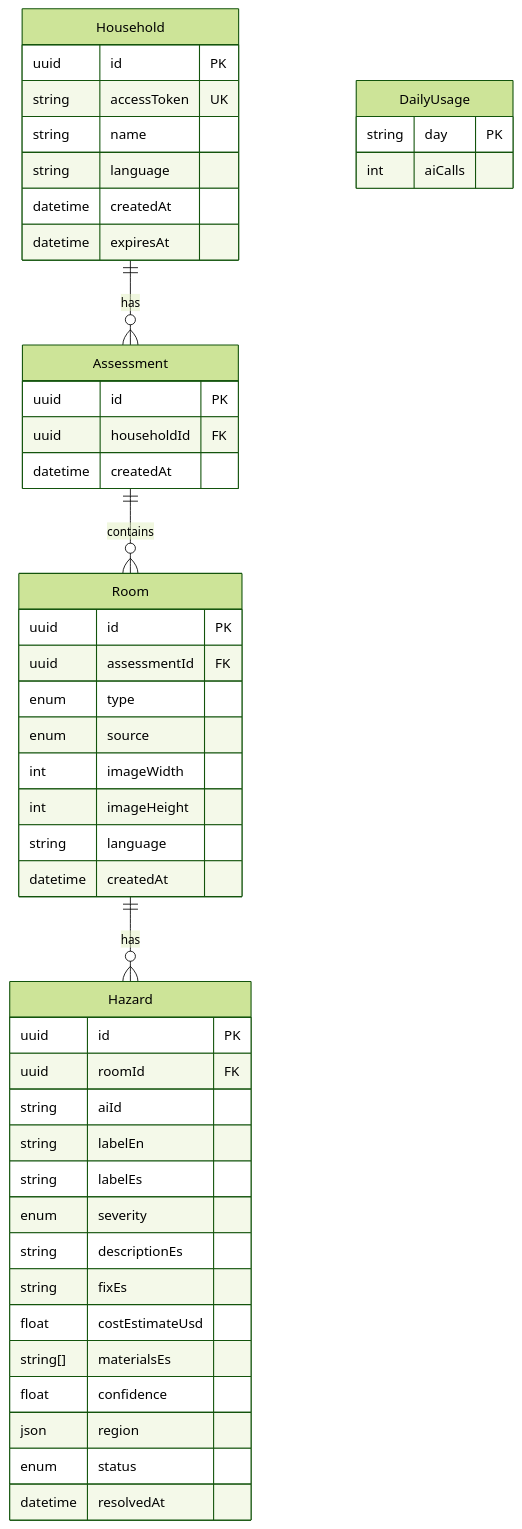
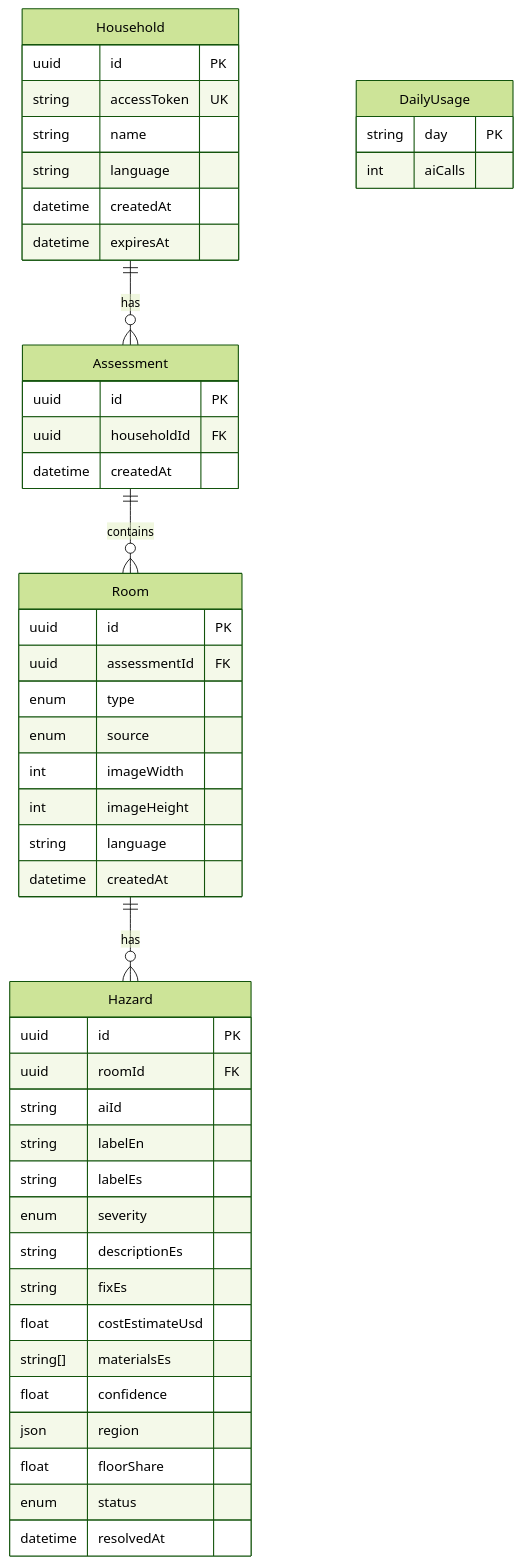
Before and after one commit to KarlaPocasangre/aegis-home: the diagram in docs/DATA_MODEL.md, drawn with Mermaid (forest theme). The commit also changed other lines of this file and 20 other files, not shown here.

Commit message:
feat(ai): measure the share of visible floor each hazard covers

````diff
--- a/docs/DATA_MODEL.md
+++ b/docs/DATA_MODEL.md
@@ -23,50 +23,51 @@
 ```mermaid
 erDiagram
     Household ||--o{ Assessment : has
     Assessment ||--o{ Room : contains
     Room ||--o{ Hazard : has
 
     Household {
         uuid id PK
         string accessToken UK
         string name
         string language
         datetime createdAt
         datetime expiresAt
     }
     Assessment {
         uuid id PK
         uuid householdId FK
         datetime createdAt
     }
     Room {
         uuid id PK
         uuid assessmentId FK
         enum type
         enum source
         int imageWidth
         int imageHeight
         string language
         datetime createdAt
     }
     Hazard {
         uuid id PK
         uuid roomId FK
         string aiId
         string labelEn
         string labelEs
         enum severity
         string descriptionEs
         string fixEs
         float costEstimateUsd
         string[] materialsEs
         float confidence
         json region
+        float floorShare
         enum status
         datetime resolvedAt
     }
     DailyUsage {
         string day PK
         int aiCalls
     }
 ```
````
